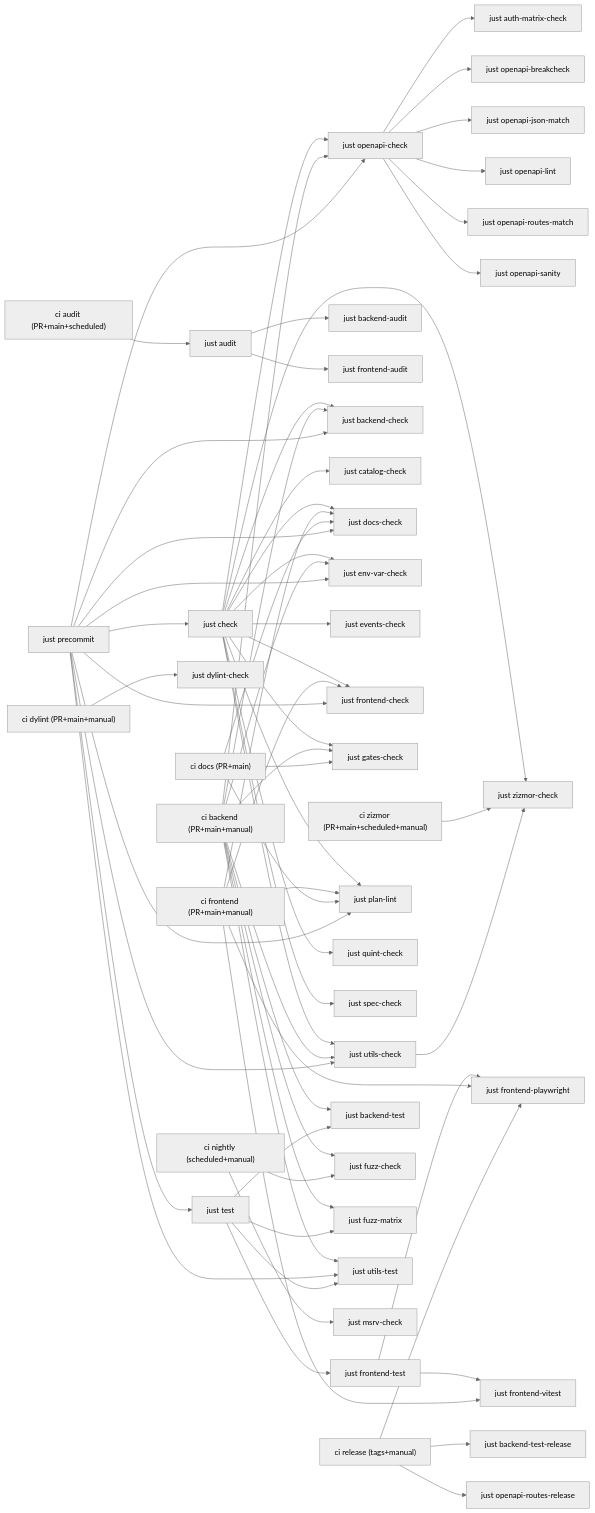
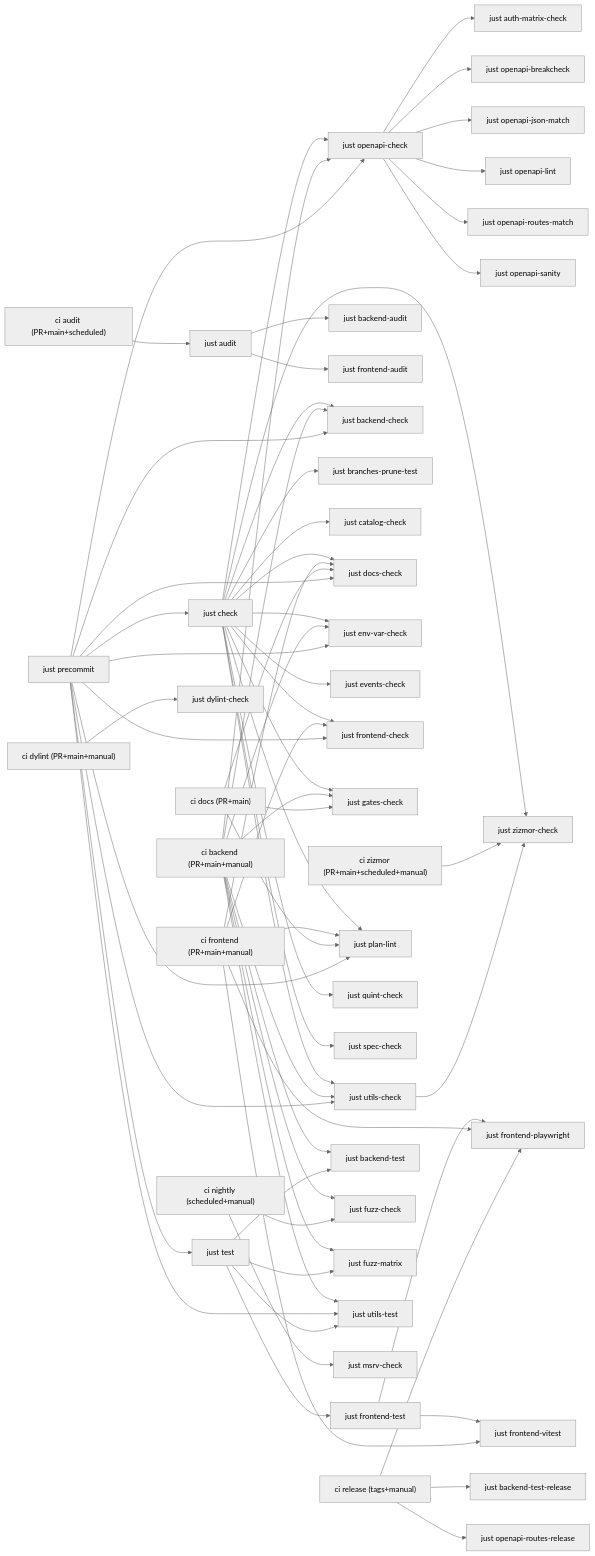
One commit to codesam88/picasu changed the diagram in docs/quality-gates.md. Above: the diagram before and after it, drawn with Mermaid (neutral theme). The commit also changed other lines of this file and 4 other files, not shown here.

````diff
--- a/docs/quality-gates.md
+++ b/docs/quality-gates.md
@@ -7,75 +7,76 @@
 ```mermaid
 graph LR
   lane_ci_backend["ci backend (PR+main+manual)"]
   lane_ci_frontend["ci frontend (PR+main+manual)"]
   lane_ci_dylint["ci dylint (PR+main+manual)"]
   lane_ci_zizmor["ci zizmor (PR+main+scheduled+manual)"]
   lane_docs["ci docs (PR+main)"]
   lane_audit["ci audit (PR+main+scheduled)"]
   lane_nightly["ci nightly (scheduled+manual)"]
   lane_release["ci release (tags+manual)"]
   lane_precommit["just precommit"]
   audit --> backend_audit["just backend-audit"]
   audit --> frontend_audit["just frontend-audit"]
   check --> backend_check["just backend-check"]
+  check --> branches_prune_test["just branches-prune-test"]
   check --> catalog_check["just catalog-check"]
   check --> docs_check["just docs-check"]
   check --> env_var_check["just env-var-check"]
   check --> events_check["just events-check"]
   check --> frontend_check["just frontend-check"]
   check --> gates_check["just gates-check"]
   check --> openapi_check["just openapi-check"]
   check --> plan_lint["just plan-lint"]
   check --> quint_check["just quint-check"]
   check --> spec_check["just spec-check"]
   check --> utils_check["just utils-check"]
   check --> zizmor_check["just zizmor-check"]
   frontend_test --> frontend_playwright["just frontend-playwright"]
   frontend_test --> frontend_vitest["just frontend-vitest"]
   lane_audit --> audit["just audit"]
   lane_ci_backend --> backend_check["just backend-check"]
   lane_ci_backend --> backend_test["just backend-test"]
   lane_ci_backend --> env_var_check["just env-var-check"]
   lane_ci_backend --> fuzz_check["just fuzz-check"]
   lane_ci_backend --> fuzz_matrix["just fuzz-matrix"]
   lane_ci_backend --> gates_check["just gates-check"]
   lane_ci_backend --> openapi_check["just openapi-check"]
   lane_ci_backend --> utils_check["just utils-check"]
   lane_ci_backend --> utils_test["just utils-test"]
   lane_ci_dylint --> dylint_check["just dylint-check"]
   lane_ci_frontend --> docs_check["just docs-check"]
   lane_ci_frontend --> frontend_check["just frontend-check"]
   lane_ci_frontend --> frontend_playwright["just frontend-playwright"]
   lane_ci_frontend --> frontend_vitest["just frontend-vitest"]
   lane_ci_frontend --> plan_lint["just plan-lint"]
   lane_ci_zizmor --> zizmor_check["just zizmor-check"]
   lane_docs --> docs_check["just docs-check"]
   lane_docs --> gates_check["just gates-check"]
   lane_docs --> plan_lint["just plan-lint"]
   lane_nightly --> fuzz_check["just fuzz-check"]
   lane_nightly --> msrv_check["just msrv-check"]
   lane_precommit --> backend_check["just backend-check"]
   lane_precommit --> check["just check"]
   lane_precommit --> docs_check["just docs-check"]
   lane_precommit --> env_var_check["just env-var-check"]
   lane_precommit --> frontend_check["just frontend-check"]
   lane_precommit --> openapi_check["just openapi-check"]
   lane_precommit --> plan_lint["just plan-lint"]
   lane_precommit --> test["just test"]
   lane_precommit --> utils_check["just utils-check"]
   lane_precommit --> utils_test["just utils-test"]
   lane_release --> backend_test_release["just backend-test-release"]
   lane_release --> frontend_playwright["just frontend-playwright"]
   lane_release --> openapi_routes_release["just openapi-routes-release"]
   openapi_check --> auth_matrix_check["just auth-matrix-check"]
   openapi_check --> openapi_breakcheck["just openapi-breakcheck"]
   openapi_check --> openapi_json_match["just openapi-json-match"]
   openapi_check --> openapi_lint["just openapi-lint"]
   openapi_check --> openapi_routes_match["just openapi-routes-match"]
   openapi_check --> openapi_sanity["just openapi-sanity"]
   test --> backend_test["just backend-test"]
   test --> frontend_test["just frontend-test"]
   test --> fuzz_matrix["just fuzz-matrix"]
   test --> utils_test["just utils-test"]
   utils_check --> zizmor_check["just zizmor-check"]
 ```
````
